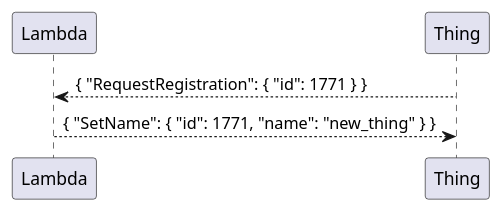
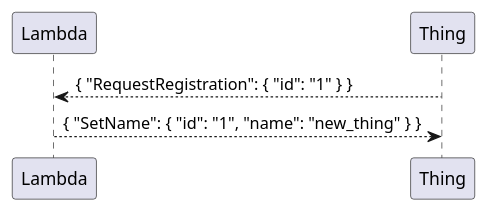
The diagram in topics/registry.puml (rust-iot-things/protocol), drawn with PlantUML before and after one commit. The commit also changed 4 other files, not shown here.

```diff
--- a/topics/registry.puml
+++ b/topics/registry.puml
@@ -1,6 +1,6 @@
 @startuml registry
 
-Lambda <-- Thing: { "RequestRegistration": { "id": 1771 } }
-Lambda --> Thing: { "SetName": { "id": 1771, "name": "new_thing" } }
+Lambda <-- Thing: { "RequestRegistration": { "id": "1" } }
+Lambda --> Thing: { "SetName": { "id": "1", "name": "new_thing" } }
 
 @enduml
```
